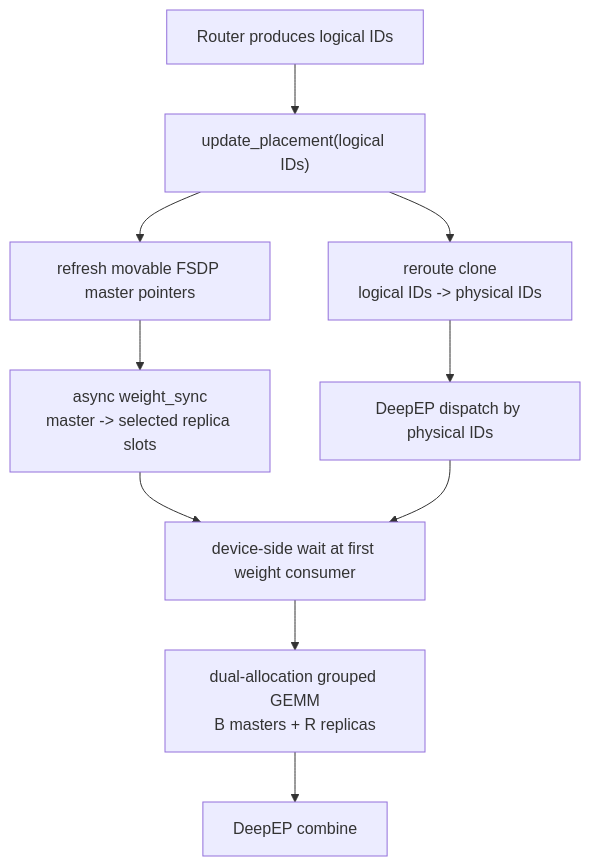
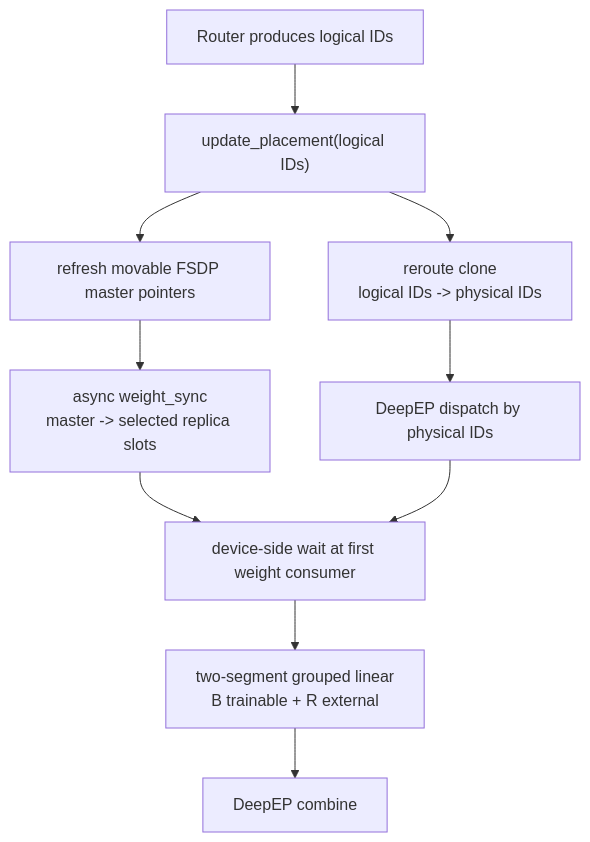
Before and after one commit to jayhenry/xtuner: the third of 7 diagrams in xtuner_ep_extend.md, drawn with Mermaid. The commit also changed other lines of this file and 1 other file, not shown here.

Commit message:
docs: redesign dynamic EP grouped linear interface

````diff
--- a/xtuner_ep_extend.md
+++ b/xtuner_ep_extend.md
@@ -130,12 +136,12 @@
 ```mermaid
 flowchart TD
     A["Router produces logical IDs"] --> B["update_placement(logical IDs)"]
     B --> C["refresh movable FSDP master pointers"]
     C --> D["async weight_sync<br/>master -> selected replica slots"]
     B --> E["reroute clone<br/>logical IDs -> physical IDs"]
     E --> F["DeepEP dispatch by physical IDs"]
     D --> G["device-side wait at first weight consumer"]
     F --> G
-    G --> H["dual-allocation grouped GEMM<br/>B masters + R replicas"]
+    G --> H["two-segment grouped linear<br/>B trainable + R external"]
     H --> I["DeepEP combine"]
 ```
````
